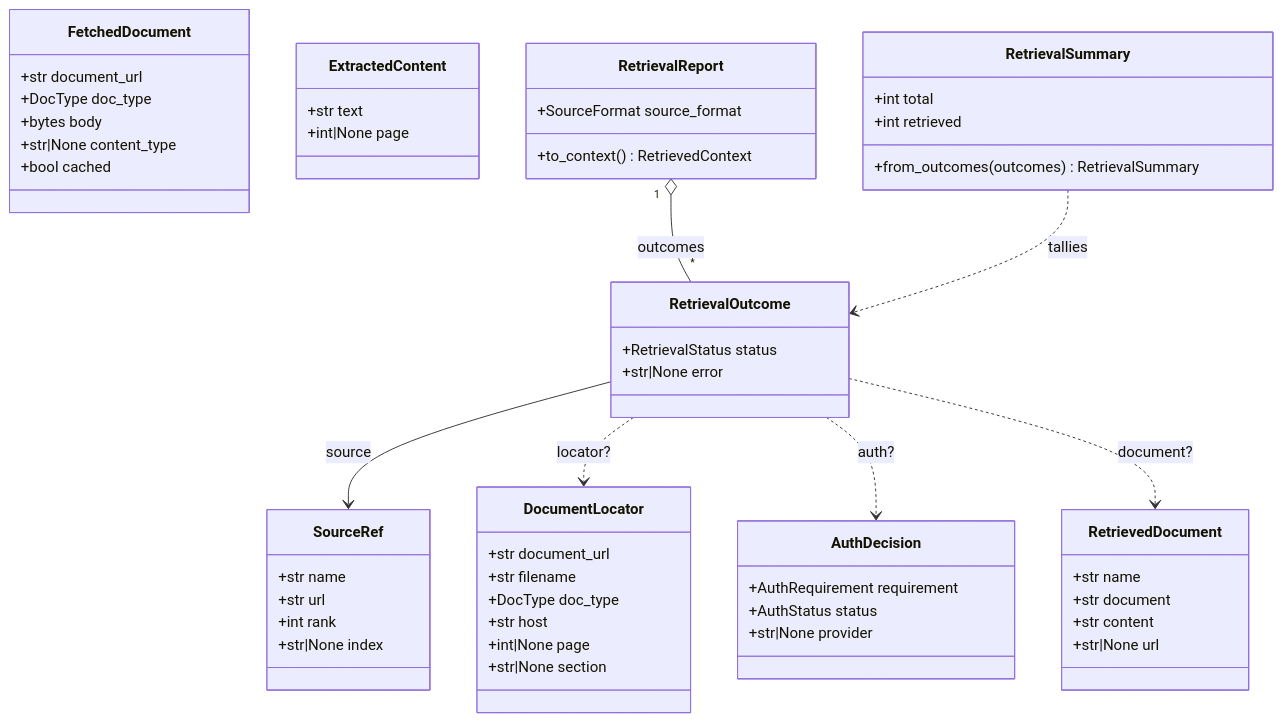
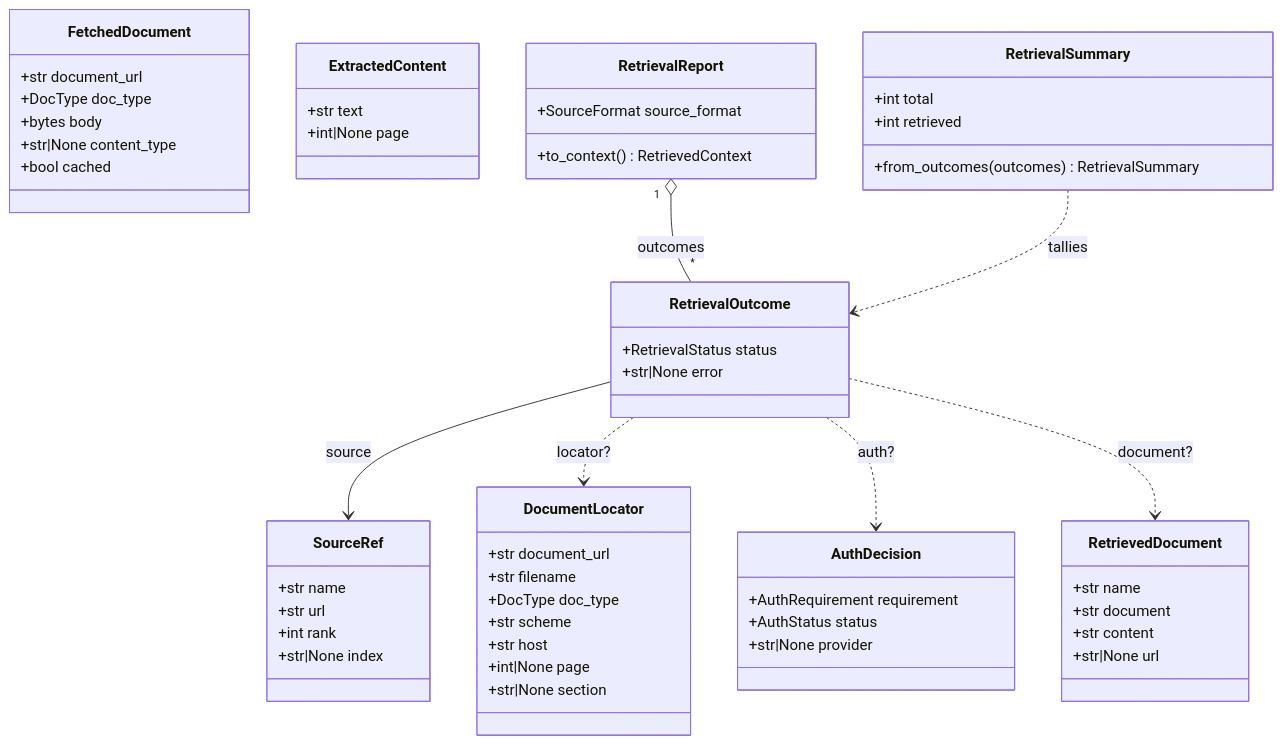
One commit to jmanuelc87/scorekeeper changed the first of 4 diagrams in docs/retrieval-taxonomy.md. Above: the diagram before and after it, drawn with Mermaid. The commit also changed other lines of this file and 10 other files, not shown here.

````diff
--- a/docs/retrieval-taxonomy.md
+++ b/docs/retrieval-taxonomy.md
@@ -20,59 +20,60 @@
 ```mermaid
 classDiagram
     class SourceRef {
         +str name
         +str url
         +int rank
         +str|None index
     }
     class DocumentLocator {
         +str document_url
         +str filename
         +DocType doc_type
+        +str scheme
         +str host
         +int|None page
         +str|None section
     }
     class AuthDecision {
         +AuthRequirement requirement
         +AuthStatus status
         +str|None provider
     }
     class FetchedDocument {
         +str document_url
         +DocType doc_type
         +bytes body
         +str|None content_type
         +bool cached
     }
     class ExtractedContent {
         +str text
         +int|None page
     }
     class RetrievalOutcome {
         +RetrievalStatus status
         +str|None error
     }
     class RetrievalReport {
         +SourceFormat source_format
         +to_context() RetrievedContext
     }
     class RetrievalSummary {
         +int total
         +int retrieved
         +from_outcomes(outcomes) RetrievalSummary
     }
     class RetrievedDocument {
         +str name
         +str document
         +str content
         +str|None url
     }
 
     RetrievalReport "1" o-- "*" RetrievalOutcome : outcomes
     RetrievalOutcome --> SourceRef : source
     RetrievalOutcome ..> DocumentLocator : locator?
     RetrievalOutcome ..> AuthDecision : auth?
     RetrievalOutcome ..> RetrievedDocument : document?
     RetrievalSummary ..> RetrievalOutcome : tallies
 ```
````
